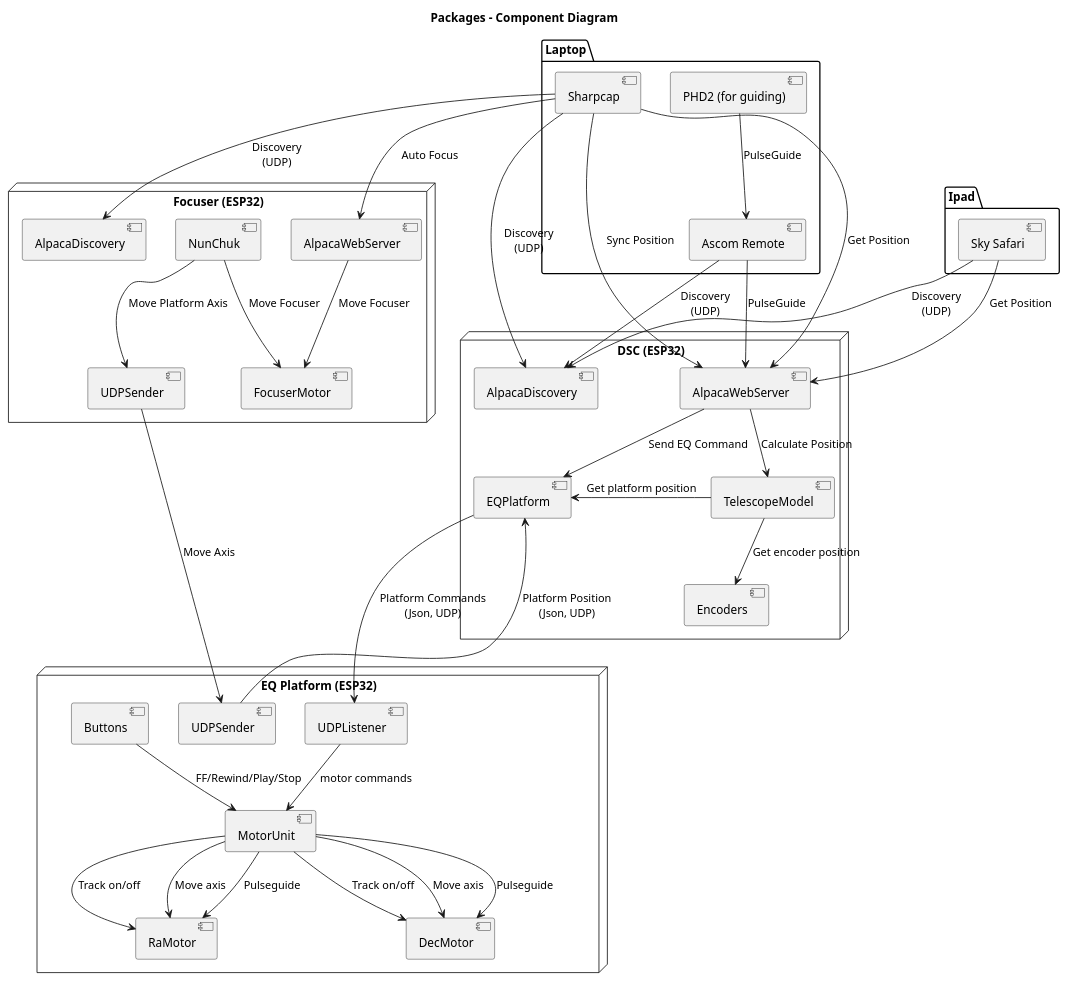
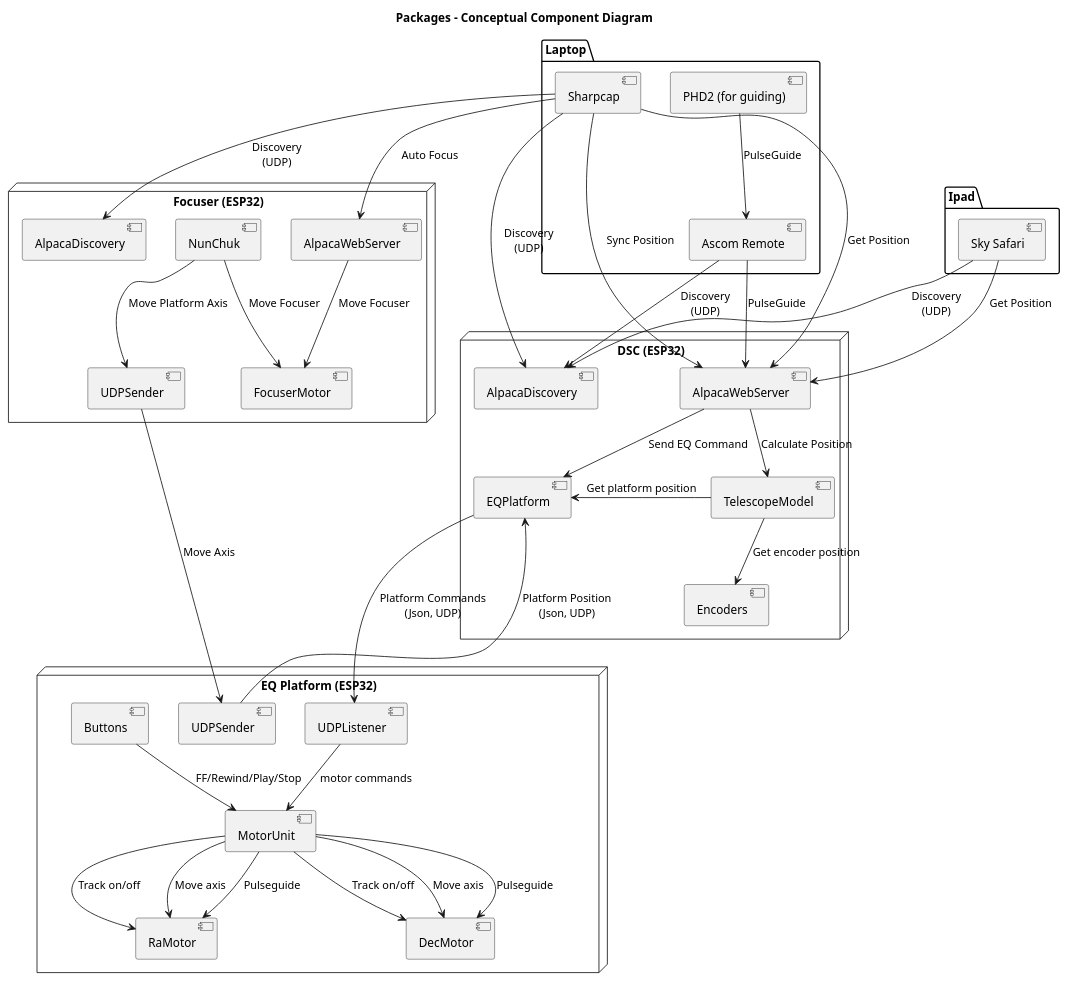
Before and after one commit to jacrify/FrankenDobDSC: the diagram in docs/diagrams/src/components.puml, drawn with PlantUML. The commit also changed 7 other files, not shown here.

Commit message:
Diagram stuff

```diff
--- a/docs/diagrams/src/components.puml
+++ b/docs/diagrams/src/components.puml
@@ -1,79 +1,79 @@
-@startuml
+@startuml ComponentDiagram
 
 
 
-title Packages - Component Diagram
+title Packages - Conceptual Component Diagram
 
 package "Laptop" {
     component [PHD2 (for guiding)] as PHD2
     component [Sharpcap] as Sharpcap
     component [Ascom Remote] as AscomRemote
 
 }
 package "Ipad" {
     component [Sky Safari] as SkySafari
 
 }
 
 node "DSC (ESP32)" {
 
     component AlpacaDiscovery as AlpacaDiscovery
     component "AlpacaWebServer"
     component "EQPlatform"
     component "Encoders"
      component "TelescopeModel"
 
 } 
 node "EQ Platform (ESP32)" {
  component "UDPListener"
  component "UDPSender"
  component "MotorUnit"
  component "Buttons"
  component "RaMotor"
  component "DecMotor"
 } 
 
 
 
 node "Focuser (ESP32)" {
 component [NunChuk] as NunChuk
 component [UDPSender] as FUDPSender
 component [FocuserMotor] as FocuserMotor
 component [AlpacaDiscovery] as FAlpacaDiscovery
 component AlpacaWebServer as FAlpacaWebServer
 }
 
 Sharpcap --> AlpacaWebServer : "Sync Position"
 Sharpcap --> AlpacaWebServer : "Get Position"
 Sharpcap -left-> FAlpacaWebServer : "Auto Focus"
 Sharpcap --> AlpacaDiscovery : "Discovery\n(UDP)"
 Sharpcap --> FAlpacaDiscovery : "Discovery\n(UDP)"
 SkySafari --> AlpacaDiscovery : "Discovery\n(UDP)"
 PHD2 --> AscomRemote : "PulseGuide"
 AscomRemote --> AlpacaWebServer : "PulseGuide"
 AscomRemote --> AlpacaDiscovery : "Discovery\n(UDP)"
 SkySafari-down-> AlpacaWebServer : "Get Position"
   
 NunChuk-->FUDPSender: "Move Platform Axis"
 NunChuk-->FocuserMotor: "Move Focuser"
 FAlpacaWebServer-->FocuserMotor : "Move Focuser"
 FUDPSender-down->UDPSender : Move Axis
 
 TelescopeModel-->Encoders : "Get encoder position"
 TelescopeModel-right->EQPlatform : "Get platform position"
 AlpacaWebServer-->TelescopeModel: "Calculate Position"
 
 EQPlatform -down--> UDPListener : "Platform Commands\n(Json, UDP)"
 AlpacaWebServer --> EQPlatform : "Send EQ Command"
 UDPSender -up-> EQPlatform : "Platform Position\n(Json, UDP)"
 
 
 UDPListener-->MotorUnit: "motor commands"
 MotorUnit-->RaMotor : "Track on/off"
 MotorUnit-->RaMotor : "Move axis"
 MotorUnit-->RaMotor : "Pulseguide"
 MotorUnit-->DecMotor : "Track on/off"
 MotorUnit-->DecMotor : "Move axis"
 MotorUnit-->DecMotor : "Pulseguide"
 Buttons-->MotorUnit: "FF/Rewind/Play/Stop"
 @enduml
```
